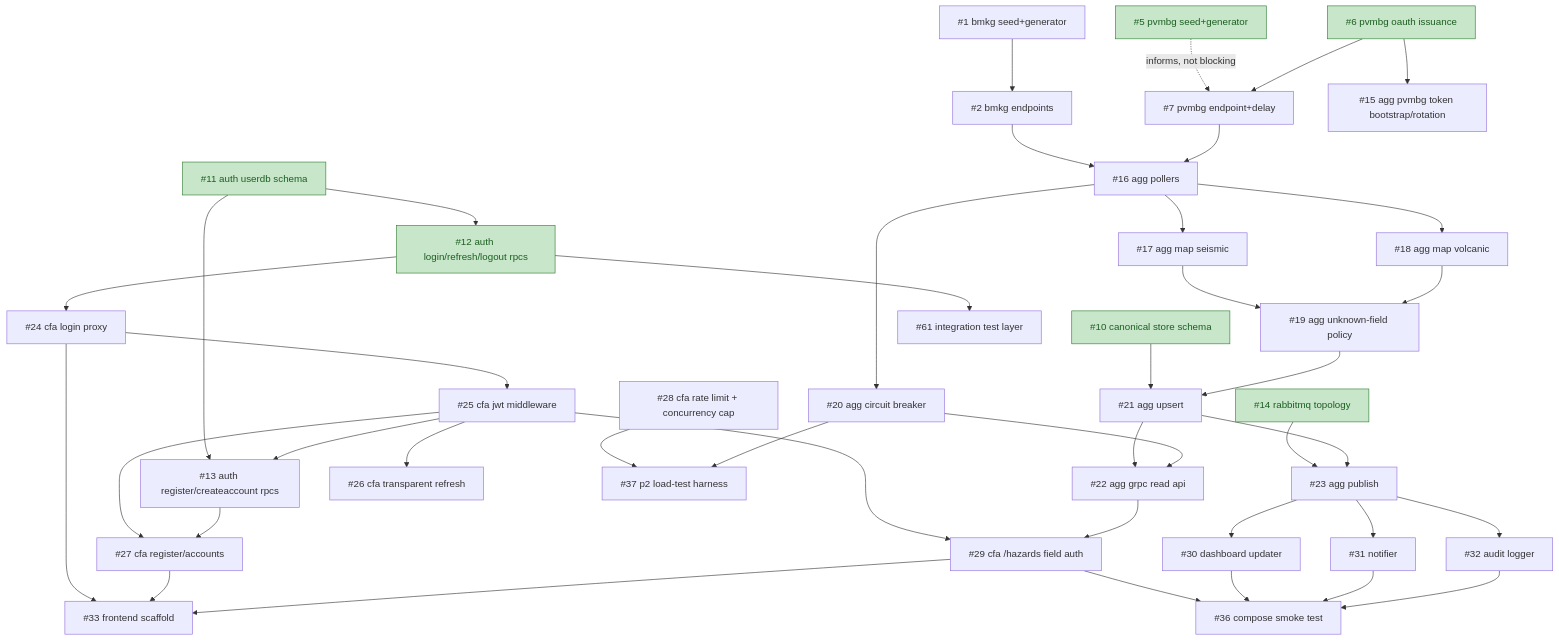
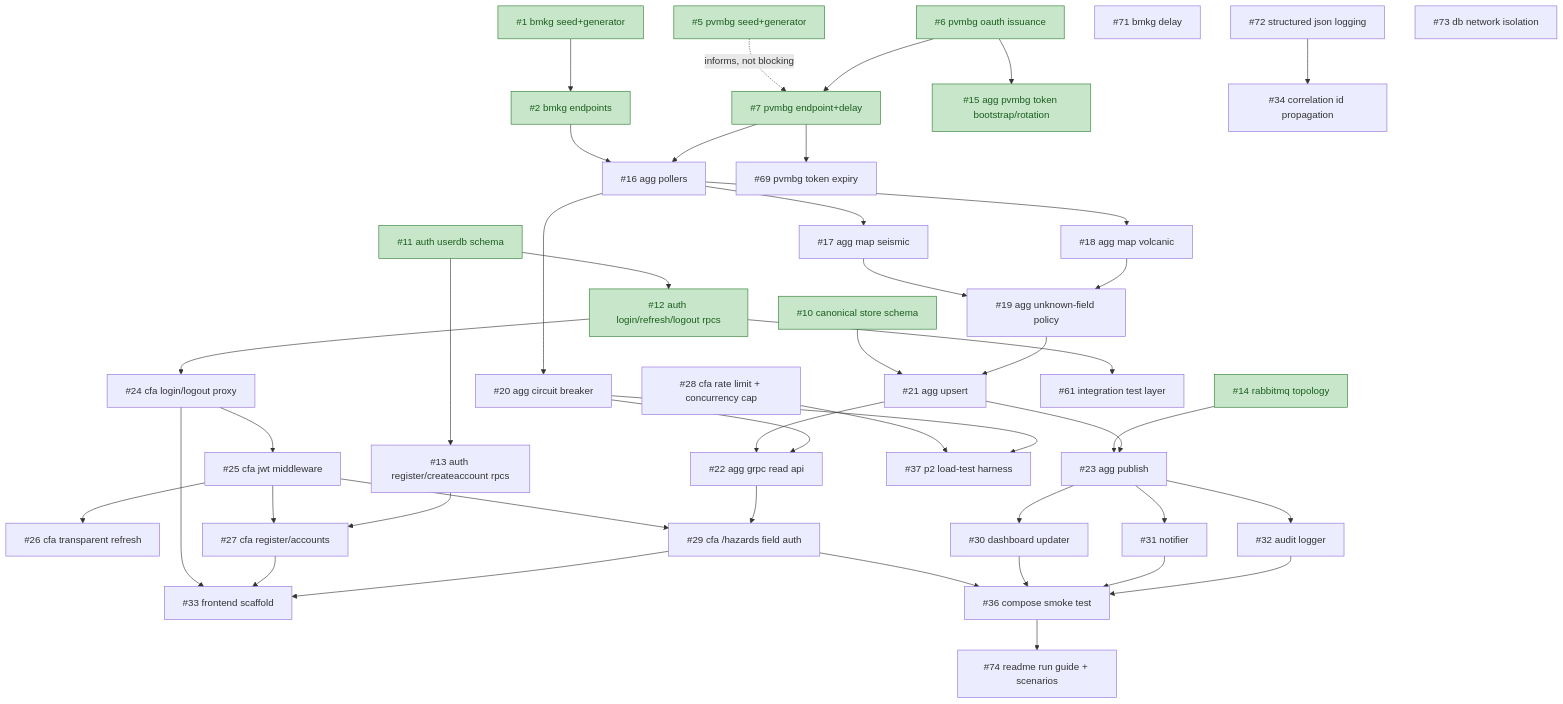
The diagram in doc/BACKLOG_DEPENDENCIES.md (brii26/distributed-hazard-coordination), drawn with Mermaid before and after one commit. The commit also changed other lines of this file, not shown here.

Commit message:
docs(backlog): add #71-#74, mark #1 #2 #7 #15 done

````diff
--- a/doc/BACKLOG_DEPENDENCIES.md
+++ b/doc/BACKLOG_DEPENDENCIES.md
@@ -27,56 +26,61 @@
 ```mermaid
 graph TD
   1["#1 bmkg seed+generator"] --> 2["#2 bmkg endpoints"]
   5["#5 pvmbg seed+generator"] -.->|informs, not blocking| 7
 
   6["#6 pvmbg oauth issuance"] --> 15["#15 agg pvmbg token bootstrap/rotation"]
   6 --> 7["#7 pvmbg endpoint+delay"]
+  7 --> 69["#69 pvmbg token expiry"]
 
   2 --> 16["#16 agg pollers"]
   7 --> 16
   16 --> 17["#17 agg map seismic"]
   16 --> 18["#18 agg map volcanic"]
   16 --> 20["#20 agg circuit breaker"]
   17 --> 19["#19 agg unknown-field policy"]
   18 --> 19
 
   10["#10 canonical store schema"] --> 21["#21 agg upsert"]
   19 --> 21
   21 --> 22["#22 agg grpc read api"]
   20 --> 22
 
   14["#14 rabbitmq topology"] --> 23["#23 agg publish"]
   21 --> 23
 
   11["#11 auth userdb schema"] --> 12["#12 auth login/refresh/logout rpcs"]
   11 --> 13["#13 auth register/createaccount rpcs"]
 
-  12 --> 24["#24 cfa login proxy"]
+  12 --> 24["#24 cfa login/logout proxy"]
   12 --> 61["#61 integration test layer"]
   24 --> 25["#25 cfa jwt middleware"]
   25 --> 26["#26 cfa transparent refresh"]
-  25 --> 13
   25 --> 27["#27 cfa register/accounts"]
   13 --> 27
   25 --> 29["#29 cfa /hazards field auth"]
   22 --> 29
 
   23 --> 30["#30 dashboard updater"]
   23 --> 31["#31 notifier"]
   23 --> 32["#32 audit logger"]
 
   24 --> 33["#33 frontend scaffold"]
   27 --> 33
   29 --> 33
 
   29 --> 36["#36 compose smoke test"]
   30 --> 36
   31 --> 36
   32 --> 36
 
   28["#28 cfa rate limit + concurrency cap"] --> 37["#37 p2 load-test harness"]
   20 --> 37
 
+  72["#72 structured json logging"] --> 34["#34 correlation id propagation"]
+  36 --> 74["#74 readme run guide + scenarios"]
+  71["#71 bmkg delay"]
+  73["#73 db network isolation"]
+
   classDef done fill:#c8e6c9,stroke:#2e7d32,color:#1b5e20
-  class 5,6,10,11,12,14 done
+  class 1,2,5,6,7,10,11,12,14,15 done
 ```
````
